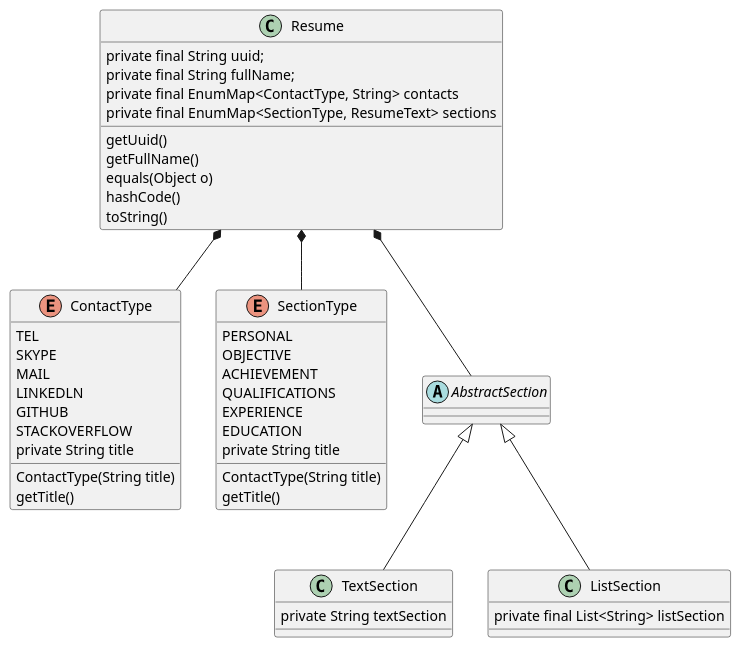
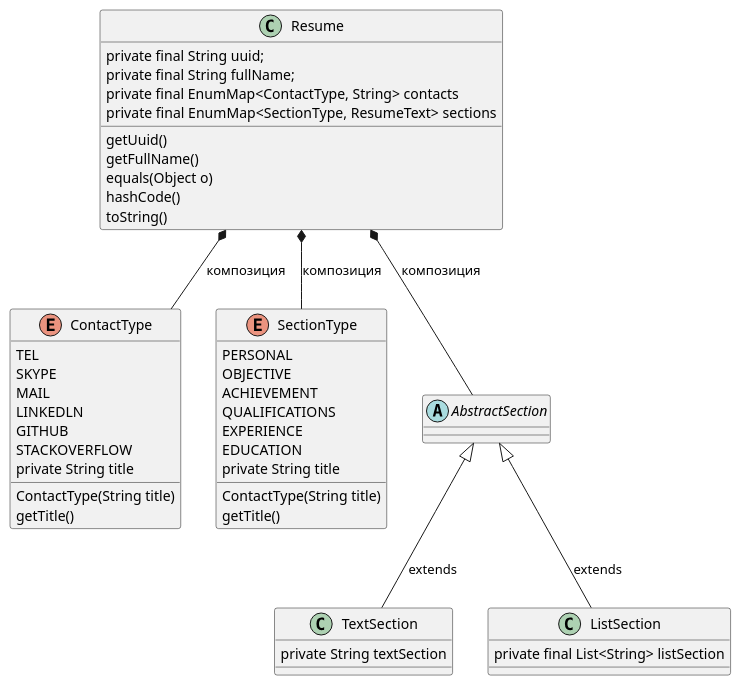
Before and after one commit to VitalyG1983/basejava: the diagram in src/com/urise/webapp/model/ResumeUML.puml, drawn with PlantUML.

Commit message:
HW07 UML updated

```diff
--- a/src/com/urise/webapp/model/ResumeUML.puml
+++ b/src/com/urise/webapp/model/ResumeUML.puml
@@ -1,54 +1,56 @@
 @startuml
 'https://plantuml.com/class-diagram
 
  class Resume {
     private final String uuid;
     private final String fullName;
     private final EnumMap<ContactType, String> contacts
     private final EnumMap<SectionType, ResumeText> sections
      getUuid()
      getFullName()
      equals(Object o)
      hashCode()
      toString()
 }
 
- Resume  *-- ContactType
+ Resume  *-- ContactType : композиция
  enum ContactType{
      TEL
      SKYPE
      MAIL
      LINKEDLN
      GITHUB
      STACKOVERFLOW
      private String title
       ContactType(String title)
       getTitle()
  }
 
-Resume  *-- SectionType
+Resume  *-- SectionType : композиция
  enum SectionType{
       PERSONAL
       OBJECTIVE
       ACHIEVEMENT
       QUALIFICATIONS
       EXPERIENCE
       EDUCATION
       private String title
        ContactType(String title)
        getTitle()
  }
 
-Resume  *--  AbstractSection
+Resume  *--  AbstractSection : композиция
      abstract class AbstractSection {
     }
 
-class TextSection extends AbstractSection{
+AbstractSection <|-- TextSection : extends
+class TextSection {
       private String textSection
 }
 
-class ListSection extends AbstractSection{
+AbstractSection <|-- ListSection : extends
+class ListSection {
     private final List<String> listSection
 }
 
 @enduml
```
